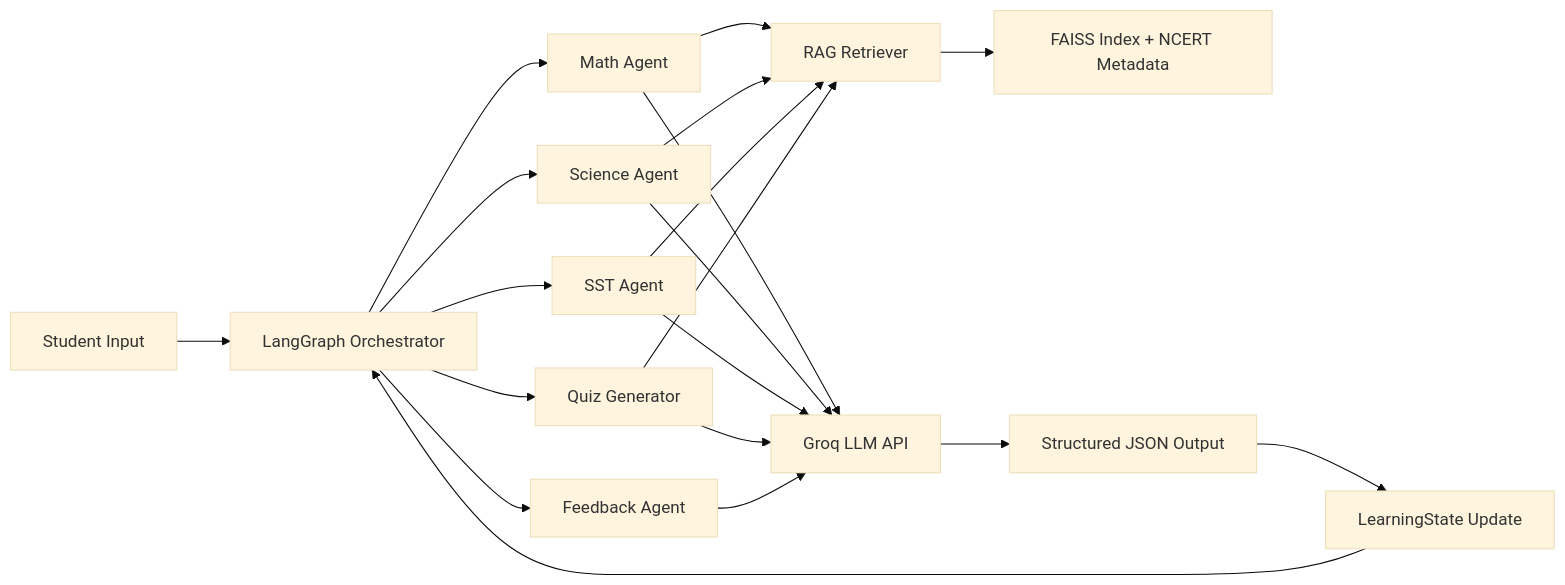
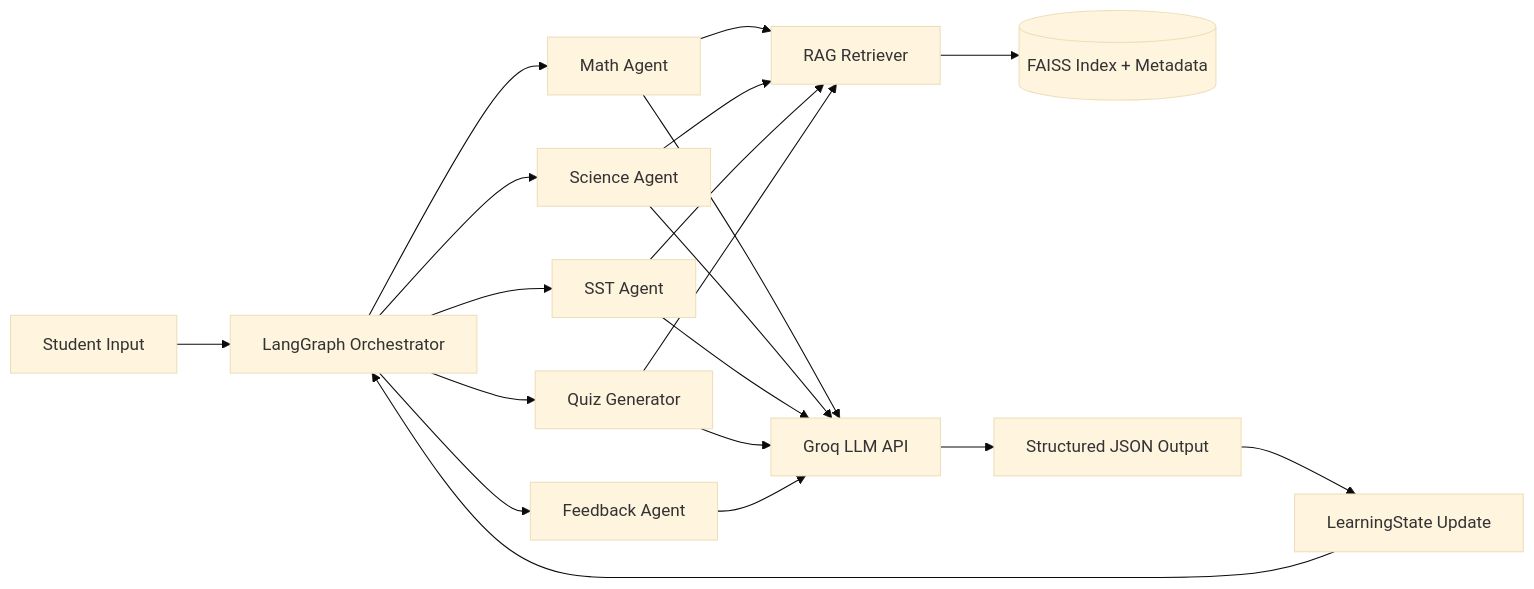
Before and after one commit to madhav-gfn/teacher_ji: the first of 2 diagrams in README.md, drawn with Mermaid (base theme). The commit also changed other lines of this file, not shown here.

````diff
--- a/README.md
+++ b/README.md
@@ -12,25 +28,25 @@
 ```mermaid
 flowchart LR
     A[Student Input] --> B[LangGraph Orchestrator]
     B --> C[Math Agent]
     B --> D[Science Agent]
     B --> E[SST Agent]
     B --> F[Quiz Generator]
     B --> G[Feedback Agent]
 
     C --> H[RAG Retriever]
     D --> H
     E --> H
     F --> H
 
-    H --> I[FAISS Index + NCERT Metadata]
+    H --> I[(FAISS Index + Metadata)]
     C --> J[Groq LLM API]
     D --> J
     E --> J
     F --> J
     G --> J
 
     J --> K[Structured JSON Output]
     K --> L[LearningState Update]
     L --> B
 ```
````
